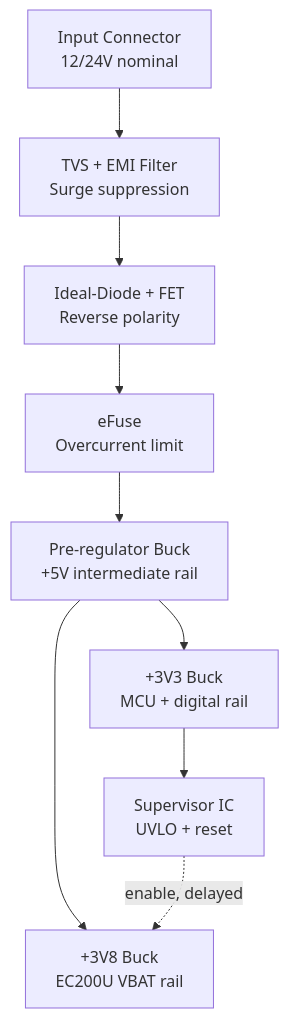
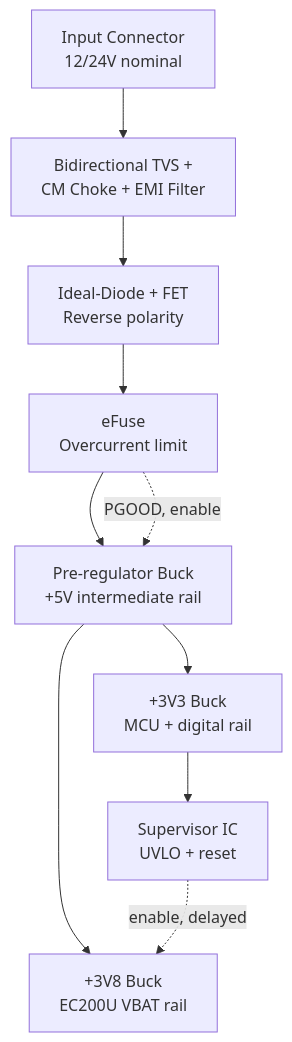
The diagram in README.md (handiko/Power-Design), drawn with Mermaid before and after one commit. The commit also changed other lines of this file, not shown here.

First line of the commit message:
Revise power architecture details in README.md

````diff
--- a/README.md
+++ b/README.md
@@ -23,11 +23,12 @@
 ```mermaid
 flowchart TB
-    A["Input Connector<br/>12/24V nominal"] --> B["TVS + EMI Filter<br/>Surge suppression"]
+    A["Input Connector<br/>12/24V nominal"] --> B["Bidirectional TVS +<br/>CM Choke + EMI Filter"]
     B --> C["Ideal-Diode + FET<br/>Reverse polarity"]
     C --> D["eFuse<br/>Overcurrent limit"]
     D --> E["Pre-regulator Buck<br/>+5V intermediate rail"]
+    D -. PGOOD, enable .-> E
     E --> F["+3V3 Buck<br/>MCU + digital rail"]
     E --> G["+3V8 Buck<br/>EC200U VBAT rail"]
     F --> H["Supervisor IC<br/>UVLO + reset"]
     H -. enable, delayed .-> G
 ```
````
